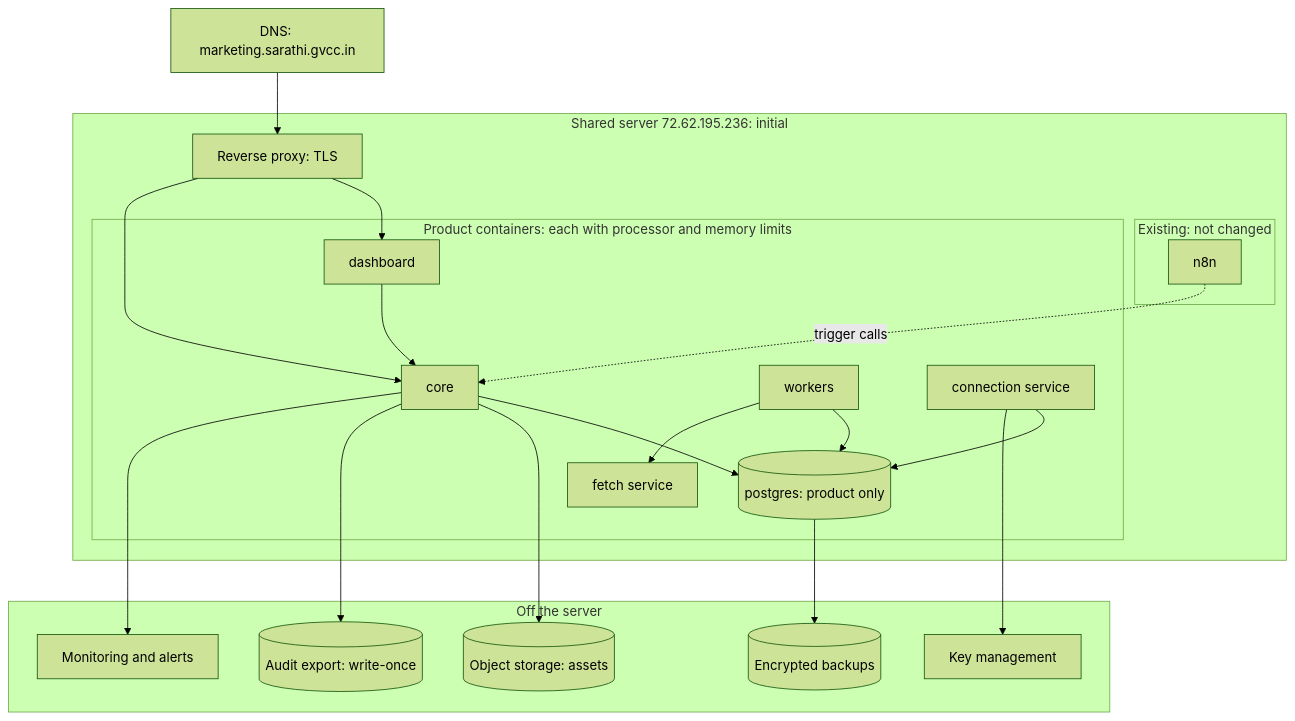
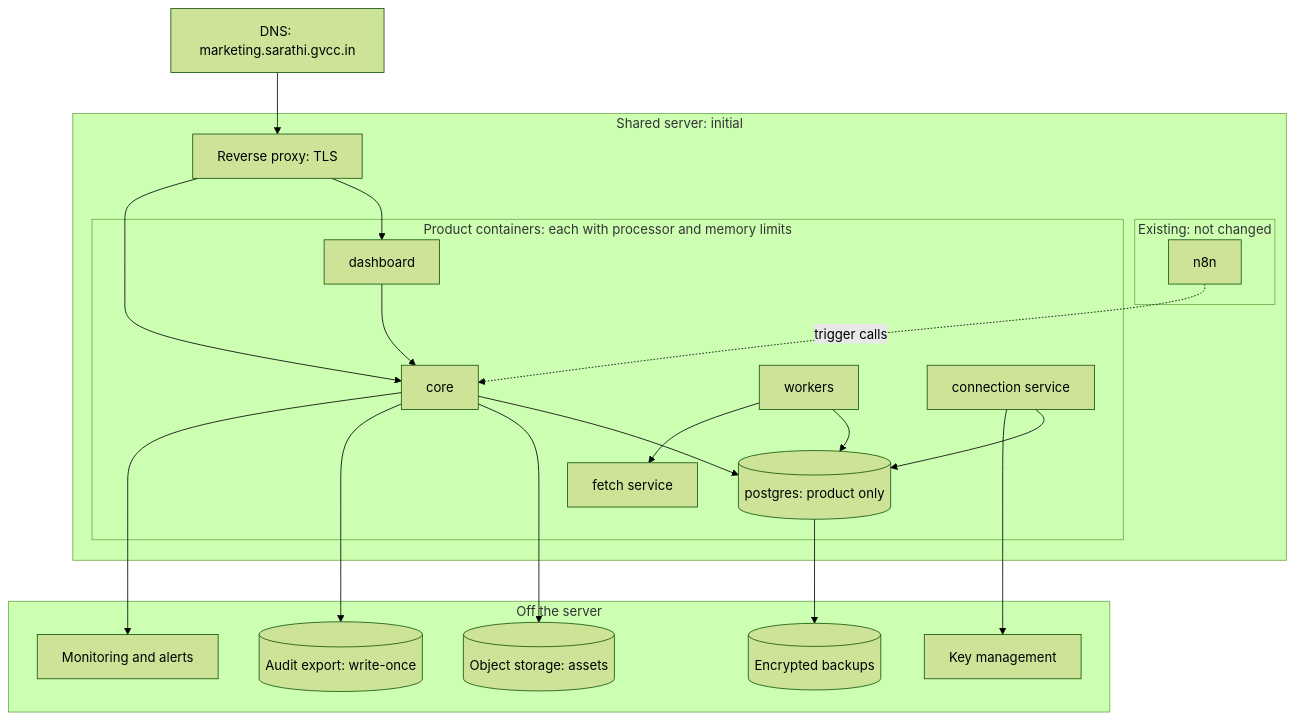
The second of 7 diagrams in docs/architecture/2026-10-04-architecture.md (sachinkuber/marketing.sarathi.gvcc.in), drawn with Mermaid (forest theme) before and after one commit. The commit also changed 6 other files, not shown here.

First line of the commit message:
docs: remove the shared server's address from the documents

````diff
--- a/docs/architecture/2026-10-04-architecture.md
+++ b/docs/architecture/2026-10-04-architecture.md
@@ -124,38 +124,38 @@
 ```mermaid
 flowchart TB
   DNS["DNS: marketing.sarathi.gvcc.in"] --> PX
-  subgraph HOST["Shared server 72.62.195.236: initial"]
+  subgraph HOST["Shared server: initial"]
     PX["Reverse proxy: TLS"]
     subgraph EXIST["Existing: not changed"]
       N8N["n8n"]
     end
     subgraph PROD["Product containers: each with processor and memory limits"]
       DASH["dashboard"]
       CORE["core"]
       WRK["workers"]
       CONN["connection service"]
       FETCH["fetch service"]
       PG[("postgres: product only")]
     end
     PX --> DASH
     PX --> CORE
     DASH --> CORE
     CORE --> PG
     WRK --> PG
     CONN --> PG
     WRK --> FETCH
     N8N -. "trigger calls" .-> CORE
   end
   subgraph OFF["Off the server"]
     OBJ[("Object storage: assets")]
     BAK[("Encrypted backups")]
     WORM[("Audit export: write-once")]
     KMS["Key management"]
     MON["Monitoring and alerts"]
   end
   PG --> BAK
   CORE --> OBJ
   CORE --> WORM
   CONN --> KMS
   CORE --> MON
 ```
````
